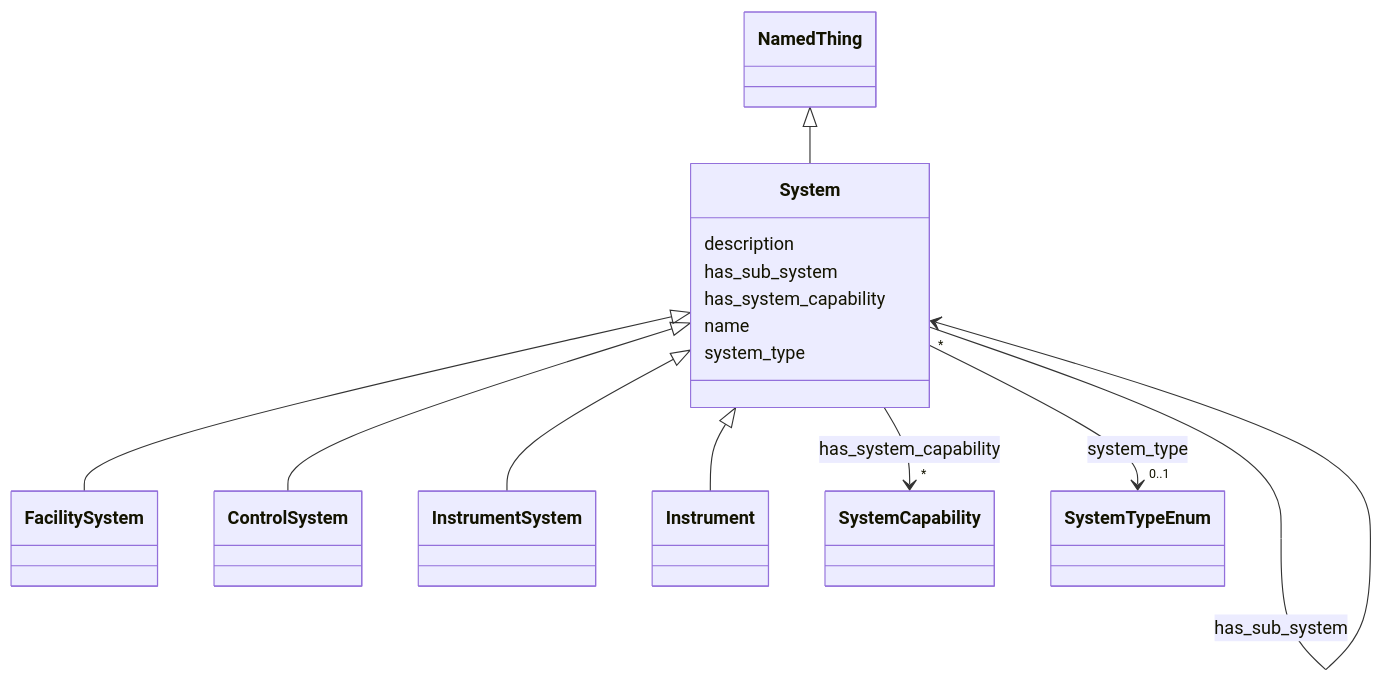
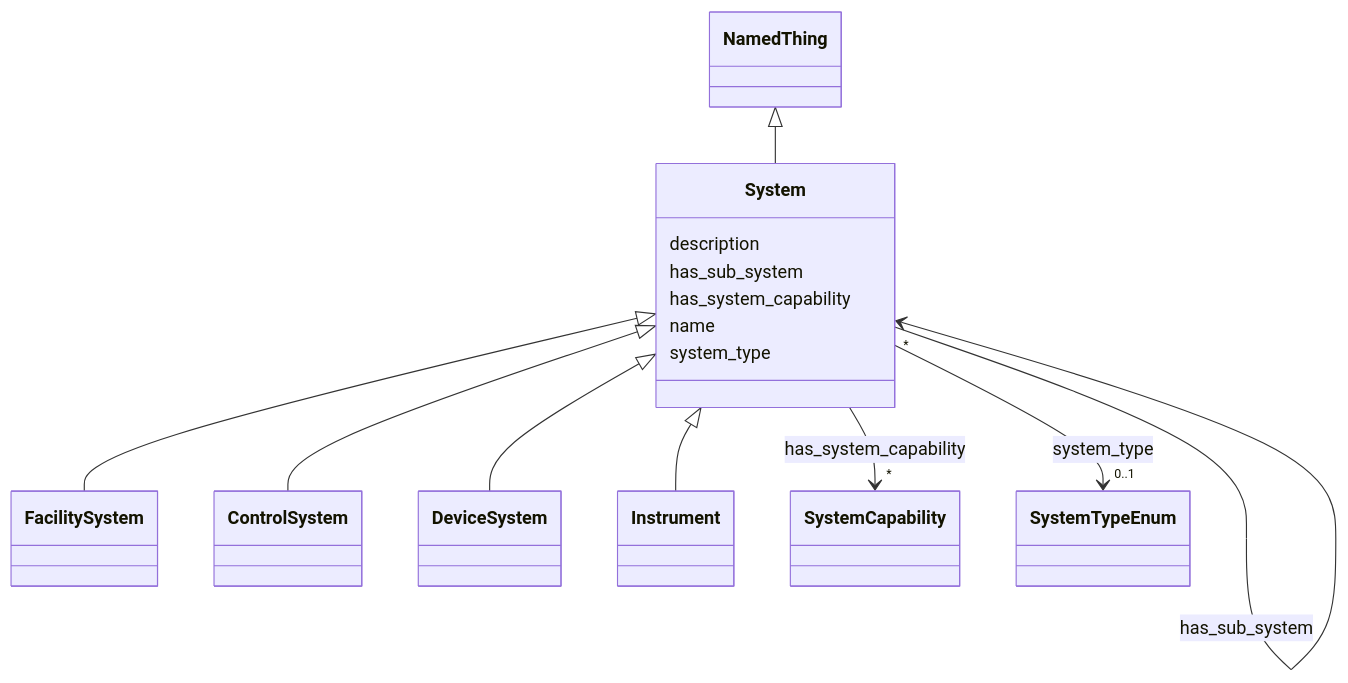
Before and after one commit to pals-project/pals-facility-config: the diagram in docs/elements/System.md, drawn with Mermaid. The commit also changed other lines of this file and 39 other files, not shown here.

````diff
--- a/docs/elements/System.md
+++ b/docs/elements/System.md
@@ -20,57 +20,57 @@
 ```mermaid
  classDiagram
     class System
     click System href "../System/"
       NamedThing <|-- System
         click NamedThing href "../NamedThing/"
       
 
       System <|-- FacilitySystem
         click FacilitySystem href "../FacilitySystem/"
       System <|-- ControlSystem
         click ControlSystem href "../ControlSystem/"
-      System <|-- InstrumentSystem
-        click InstrumentSystem href "../InstrumentSystem/"
+      System <|-- DeviceSystem
+        click DeviceSystem href "../DeviceSystem/"
       System <|-- Instrument
         click Instrument href "../Instrument/"
       
 
       System : description
         
       System : has_sub_system
         
           
     
         
         
         System --> "*" System : has_sub_system
         click System href "../System/"
     
 
         
       System : has_system_capability
         
           
     
         
         
         System --> "*" SystemCapability : has_system_capability
         click SystemCapability href "../SystemCapability/"
     
 
         
       System : name
         
       System : system_type
         
           
     
         
         
         System --> "0..1" SystemTypeEnum : system_type
         click SystemTypeEnum href "../SystemTypeEnum/"
     
 
         
       
 ```
````
